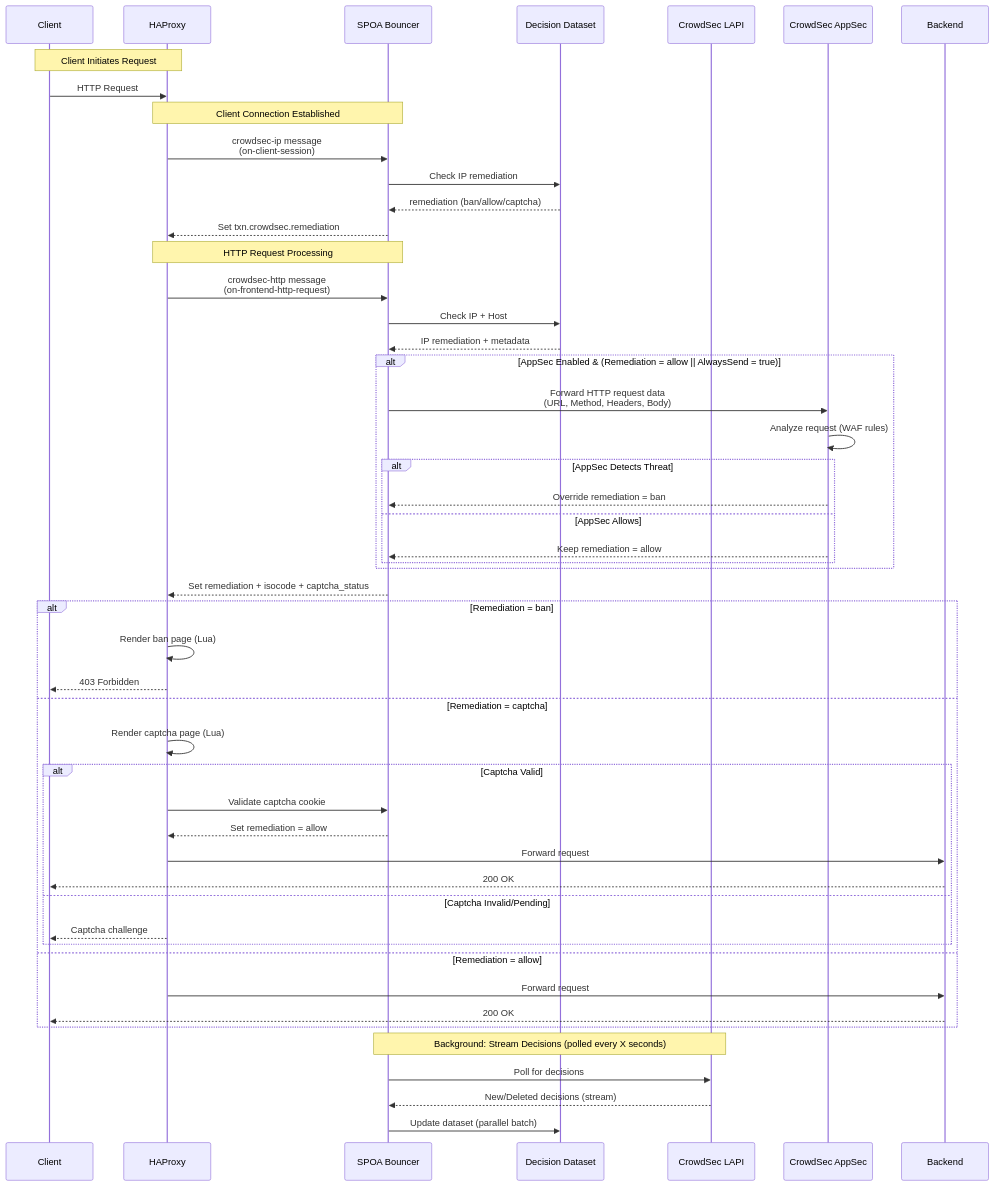
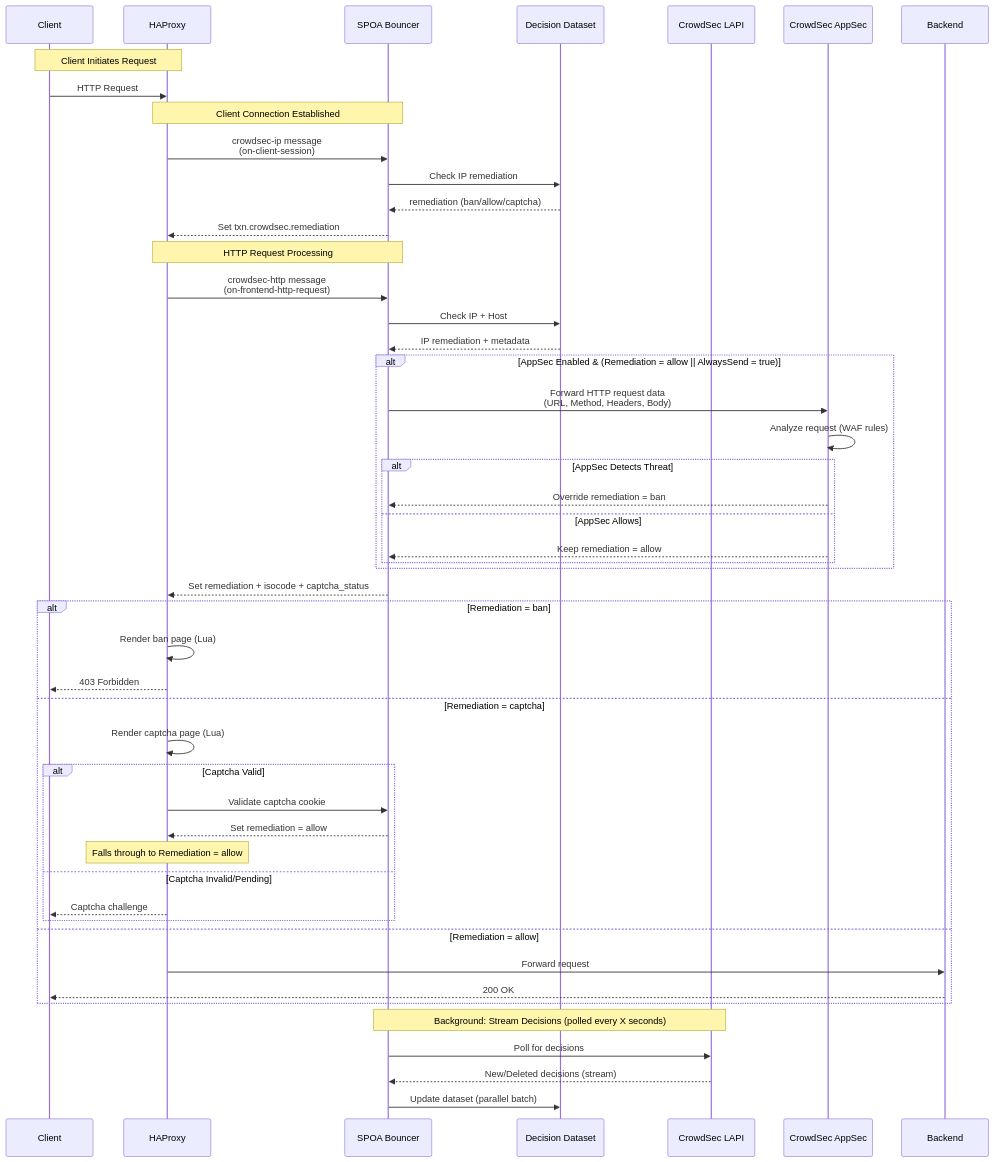
The diagram in README.md (crowdsecurity/cs-haproxy-spoa-bouncer), drawn with Mermaid before and after one commit.

Commit message:
docs: remove redundant forward request from captcha valid flow
- Captcha validation updates remediation to allow
- Flow naturally falls through to Remediation = allow branch

````diff
--- a/README.md
+++ b/README.md
@@ -22,59 +22,58 @@
 ```mermaid
 sequenceDiagram
     participant Client
     participant HAProxy
     participant SPOA as SPOA Bouncer
     participant Dataset as Decision Dataset
     participant CrowdSec as CrowdSec LAPI
     participant AppSec as CrowdSec AppSec
     participant Backend
 
     Note over Client,HAProxy: Client Initiates Request
     Client->>HAProxy: HTTP Request
     
     Note over HAProxy,SPOA: Client Connection Established
     HAProxy->>SPOA: crowdsec-ip message<br/>(on-client-session)
     SPOA->>Dataset: Check IP remediation
     Dataset-->>SPOA: remediation (ban/allow/captcha)
     SPOA-->>HAProxy: Set txn.crowdsec.remediation
     
     Note over HAProxy,SPOA: HTTP Request Processing
     HAProxy->>SPOA: crowdsec-http message<br/>(on-frontend-http-request)
     SPOA->>Dataset: Check IP + Host
     Dataset-->>SPOA: IP remediation + metadata
     
     alt AppSec Enabled & (Remediation = allow || AlwaysSend = true)
         SPOA->>AppSec: Forward HTTP request data<br/>(URL, Method, Headers, Body)
         AppSec->>AppSec: Analyze request (WAF rules)
         alt AppSec Detects Threat
             AppSec-->>SPOA: Override remediation = ban
         else AppSec Allows
             AppSec-->>SPOA: Keep remediation = allow
         end
     end
     
     SPOA-->>HAProxy: Set remediation + isocode + captcha_status
     
     alt Remediation = ban
         HAProxy->>HAProxy: Render ban page (Lua)
         HAProxy-->>Client: 403 Forbidden
     else Remediation = captcha
         HAProxy->>HAProxy: Render captcha page (Lua)
         alt Captcha Valid
             HAProxy->>SPOA: Validate captcha cookie
             SPOA-->>HAProxy: Set remediation = allow
-            HAProxy->>Backend: Forward request
-            Backend-->>Client: 200 OK
+            Note over HAProxy: Falls through to Remediation = allow
         else Captcha Invalid/Pending
             HAProxy-->>Client: Captcha challenge
         end
     else Remediation = allow
         HAProxy->>Backend: Forward request
         Backend-->>Client: 200 OK
     end
     
     Note over SPOA,CrowdSec: Background: Stream Decisions (polled every X seconds)
     SPOA->>CrowdSec: Poll for decisions
     CrowdSec-->>SPOA: New/Deleted decisions (stream)
     SPOA->>Dataset: Update dataset (parallel batch)
 ```
````
